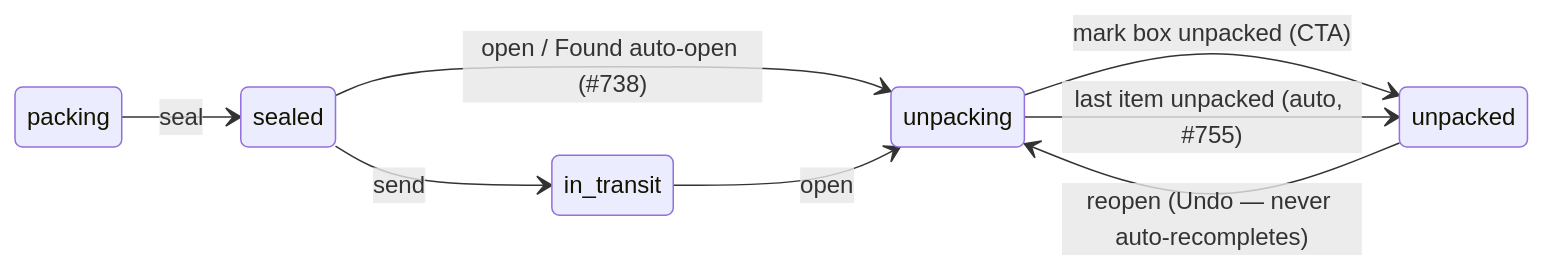
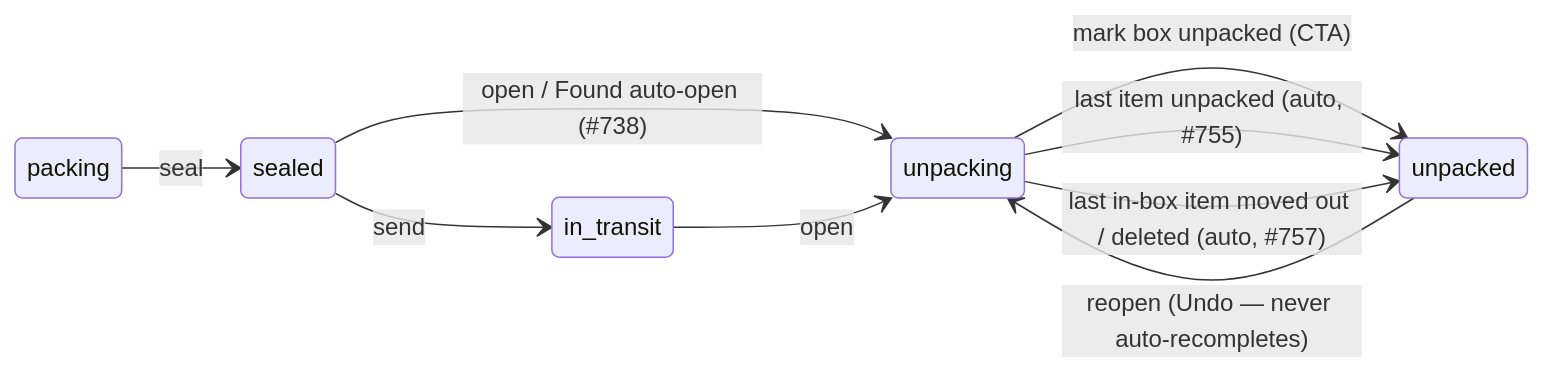
Before and after one commit to joel/move: diagram 13 of 17 in doc/project/architecture.md, drawn with Mermaid. The commit also changed 2 other files, not shown here.

Commit message:
Guard archived moves first in Items::Delete
Codex R6 (#840): Items::Delete reached the writable-Move guard only
inside Discards::Cascade, after reloading and locking the box. An
archived Move could therefore wait on a lock or report :not_found
instead of the canonical :move_archived. ensure_writable is now the
action's first step (app/actions/AGENTS.md), so no lock is taken on a
read-only Move. The section 4c lifecycle diagram also gains the
move-out/delete auto-complete edge.

Refs #757

````diff
--- a/doc/project/architecture.md
+++ b/doc/project/architecture.md
@@ -609,11 +609,12 @@
 ```mermaid
 stateDiagram-v2
   direction LR
   packing --> sealed: seal
   sealed --> in_transit: send
   sealed --> unpacking: open / Found auto-open (#738)
   in_transit --> unpacking: open
   unpacking --> unpacked: mark box unpacked (CTA)
   unpacking --> unpacked: last item unpacked (auto, #755)
+  unpacking --> unpacked: last in-box item moved out / deleted (auto, #757)
   unpacked --> unpacking: reopen (Undo — never auto-recompletes)
 ```
````
